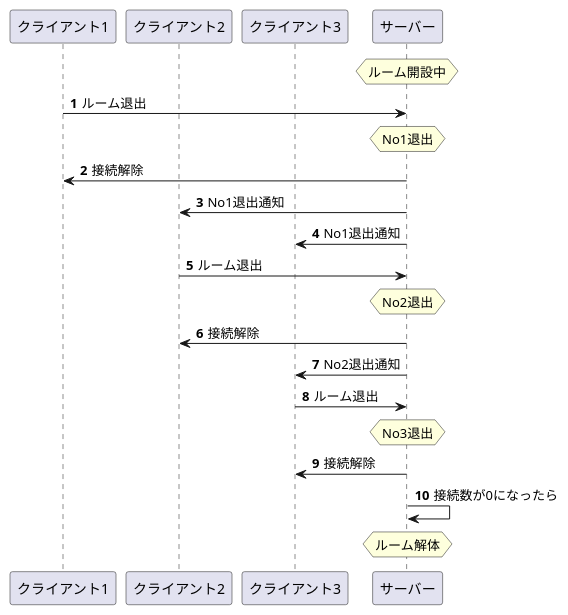
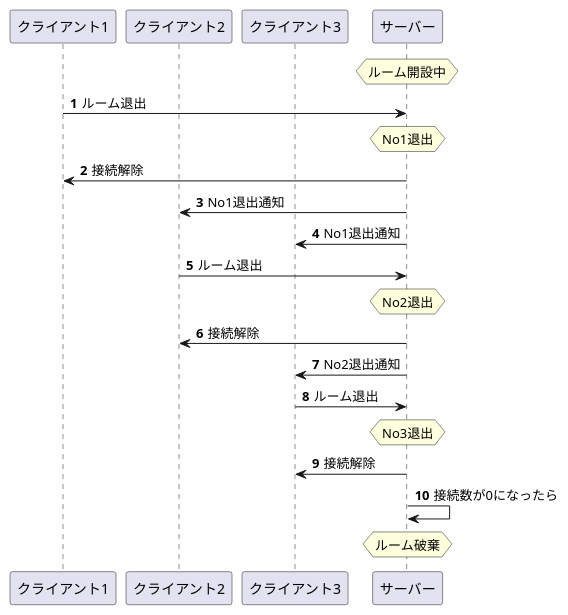
The diagram in Document/OutRoom.puml (Neko-r1oN/real-timeGame), drawn with PlantUML before and after one commit. The commit also changed other lines of this file and 6 other files, not shown here.

Commit message:
シーケンス図整理

```diff
--- a/Document/OutRoom.puml
+++ b/Document/OutRoom.puml
@@ -2,31 +1,31 @@
 @startuml
 
 'botシーケンス図'
 
 participant クライアント1
 participant クライアント2
 participant クライアント3
 participant サーバー
 
 autonumber
 hnote over サーバー : ルーム開設中
 
 クライアント1 -> サーバー:ルーム退出
 hnote over サーバー : No1退出
 クライアント1 <- サーバー:接続解除
 クライアント2 <- サーバー:No1退出通知
 クライアント3 <- サーバー:No1退出通知
 
 クライアント2 -> サーバー:ルーム退出
 hnote over サーバー : No2退出
 クライアント2 <- サーバー:接続解除
 クライアント3 <- サーバー:No2退出通知
 
 
 クライアント3 -> サーバー:ルーム退出
 hnote over サーバー : No3退出
 クライアント3 <- サーバー:接続解除
 サーバー -> サーバー:接続数が0になったら
-hnote over サーバー : ルーム解体
+hnote over サーバー : ルーム破棄
 
 @enduml
```
